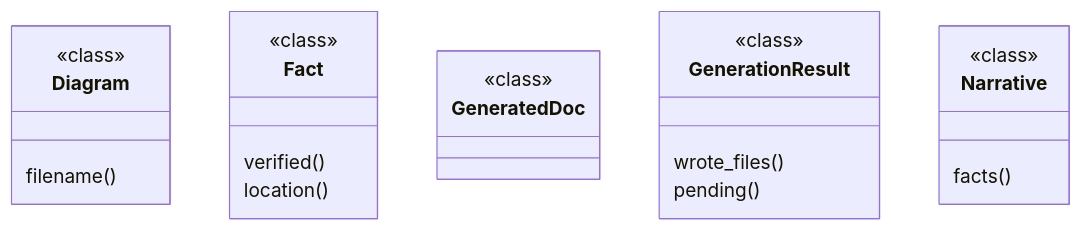
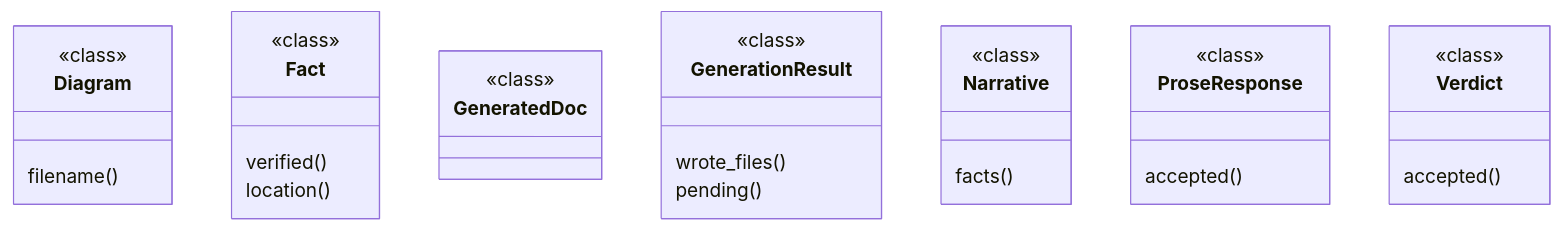
Before and after one commit to CharlyZeta/Docu: the diagram in docs/generated/diagrams/clases-docu_generate.mmd, drawn with Mermaid. The commit also changed 14 other files, not shown here.

```diff
--- a/docs/generated/diagrams/clases-docu_generate.mmd
+++ b/docs/generated/diagrams/clases-docu_generate.mmd
@@ -1,17 +1,23 @@
 classDiagram
     class Diagram <<class>> {
         filename()
     }
     class Fact <<class>> {
         verified()
         location()
     }
     class GeneratedDoc <<class>> {
     }
     class GenerationResult <<class>> {
         wrote_files()
         pending()
     }
     class Narrative <<class>> {
         facts()
     }
+    class ProseResponse <<class>> {
+        accepted()
+    }
+    class Verdict <<class>> {
+        accepted()
+    }
```
